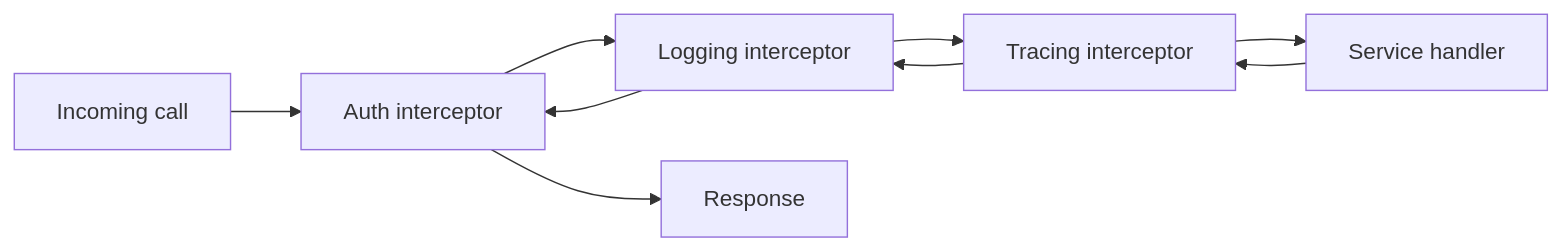
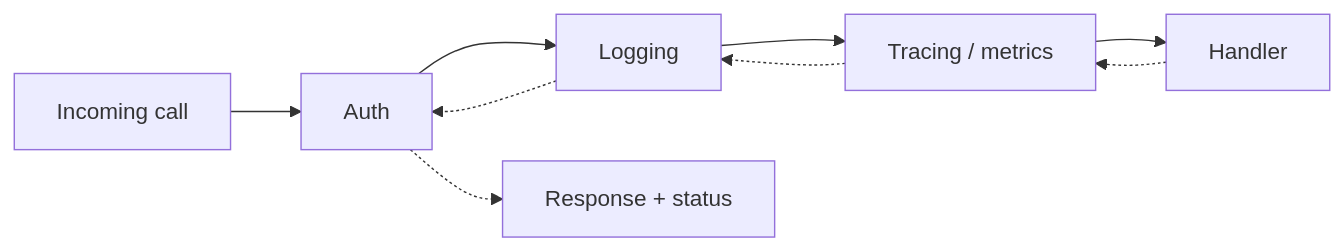
Before and after one commit to AndrewAltimit/Documentation: the sixth of 7 diagrams in github-pages/docs/api-design/grpc-and-protobuf.md, drawn with Mermaid. The commit also changed other lines of this file and 240 other files, not shown here.

````diff
--- a/github-pages/docs/api-design/grpc-and-protobuf.md
+++ b/github-pages/docs/api-design/grpc-and-protobuf.md
@@ -401,8 +450,5 @@
 ```mermaid
 flowchart LR
-    Req["Incoming call"] --> A["Auth interceptor"]
-    A --> L["Logging interceptor"]
-    L --> T["Tracing interceptor"]
-    T --> H["Service handler"]
-    H --> T --> L --> A --> Resp["Response"]
+    Req["Incoming call"] --> A["Auth"] --> L["Logging"] --> T["Tracing / metrics"] --> H["Handler"]
+    H -.-> T -.-> L -.-> A -.-> Resp["Response + status"]
 ```
````
